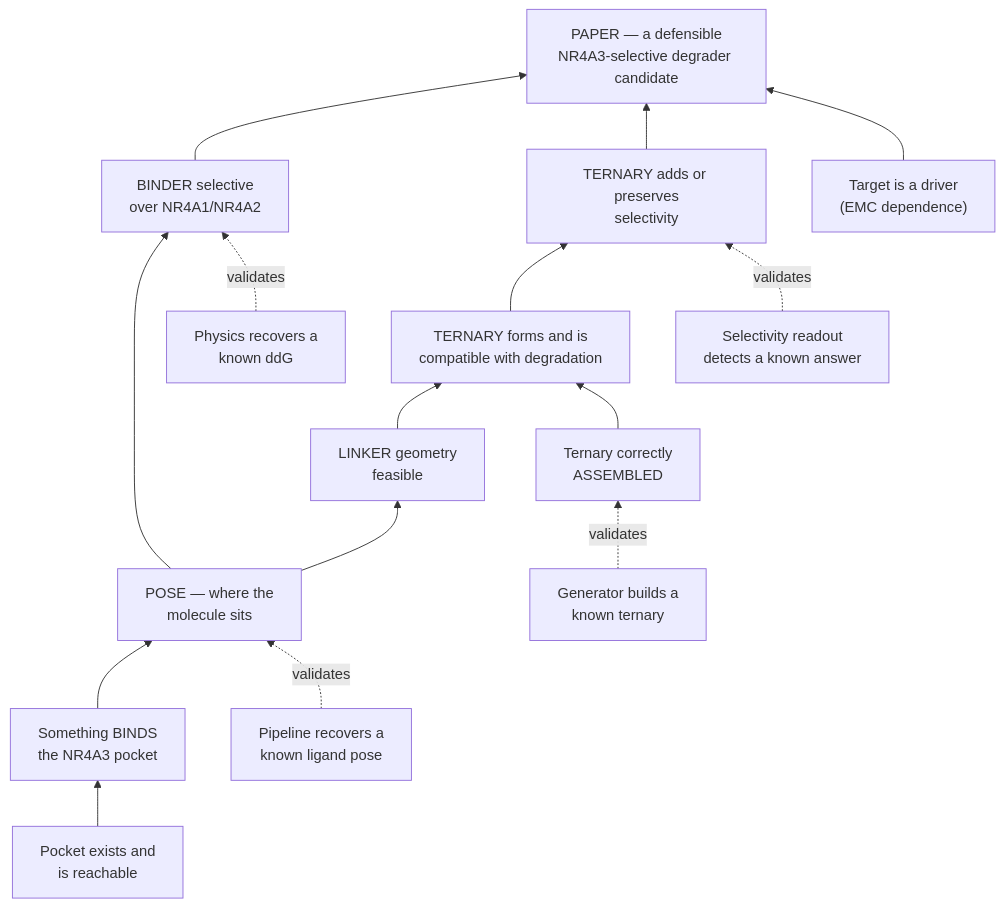
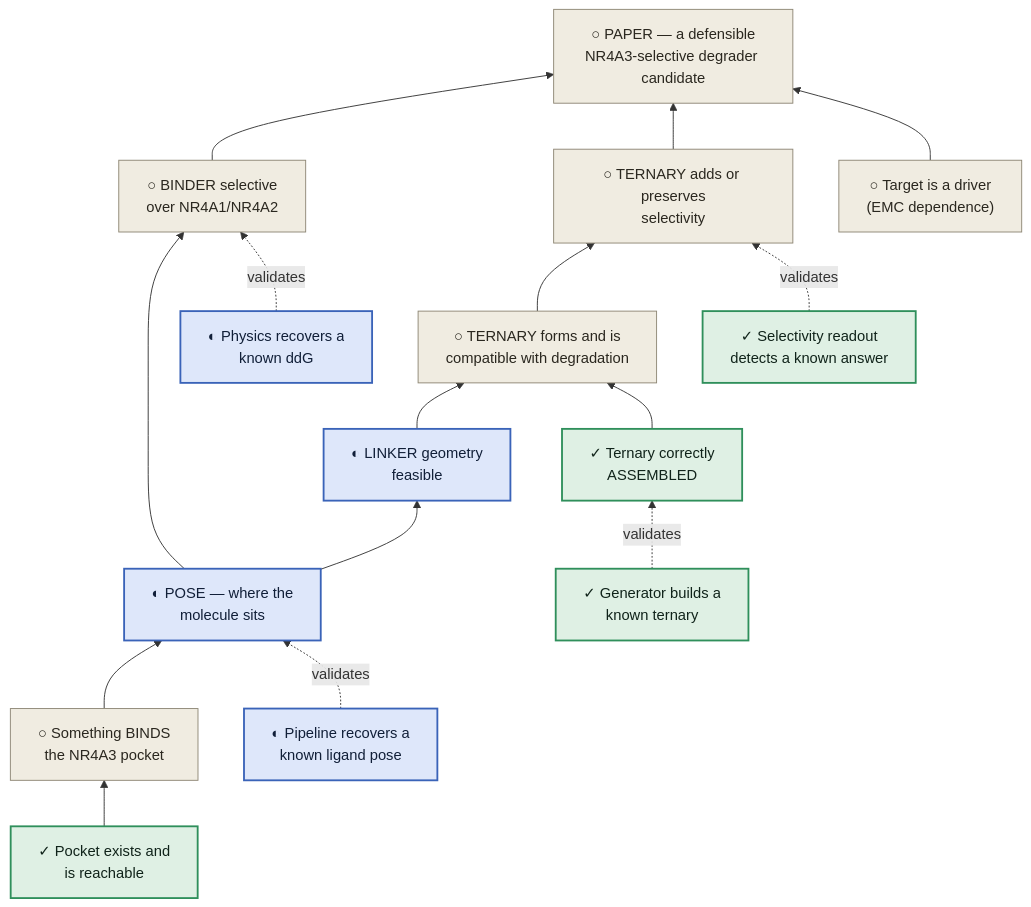
The first of 3 diagrams in research/manuscripts/nr4a3-program-map.md (trimcrae/Rare-cancers), drawn with Mermaid before and after one commit. The commit also changed other lines of this file, not shown here.

First line of the commit message:
program map: four work-state colouring, dead-ends table, approach/claim split

````diff
--- a/research/manuscripts/nr4a3-program-map.md
+++ b/research/manuscripts/nr4a3-program-map.md
@@ -24,32 +52,40 @@
 ```mermaid
 graph BT
-  P["PAPER — a defensible<br/>NR4A3-selective degrader candidate"]
-  B["BINDER selective<br/>over NR4A1/NR4A2"]
-  T["TERNARY forms and is<br/>compatible with degradation"]
-  TS["TERNARY adds or preserves<br/>selectivity"]
-  TG["Target is a driver<br/>(EMC dependence)"]
-  L["Something BINDS<br/>the NR4A3 pocket"]
-  PO["Pocket exists and<br/>is reachable"]
-  PS["POSE — where the<br/>molecule sits"]
-  LK["LINKER geometry<br/>feasible"]
-  ARCH["Ternary correctly<br/>ASSEMBLED"]
-  V1["Selectivity readout<br/>detects a known answer"]
-  V2["Generator builds a<br/>known ternary"]
-  V3["Pipeline recovers a<br/>known ligand pose"]
-  V4["Physics recovers a<br/>known ddG"]
+  P["○ PAPER — a defensible<br/>NR4A3-selective degrader candidate"]
+  B["○ BINDER selective<br/>over NR4A1/NR4A2"]
+  T["○ TERNARY forms and is<br/>compatible with degradation"]
+  TS["○ TERNARY adds or preserves<br/>selectivity"]
+  TG["○ Target is a driver<br/>(EMC dependence)"]
+  L["○ Something BINDS<br/>the NR4A3 pocket"]
+  PO["✓ Pocket exists and<br/>is reachable"]
+  PS["◐ POSE — where the<br/>molecule sits"]
+  LK["◐ LINKER geometry<br/>feasible"]
+  ARCH["✓ Ternary correctly<br/>ASSEMBLED"]
+  V1["✓ Selectivity readout<br/>detects a known answer"]
+  V2["✓ Generator builds a<br/>known ternary"]
+  V3["◐ Pipeline recovers a<br/>known ligand pose"]
+  V4["◐ Physics recovers a<br/>known ddG"]
 
   PO --> L
   L --> PS
   PS --> B
   PS --> LK
   LK --> T
   ARCH --> T
   T --> TS
   B --> P
   TS --> P
   TG --> P
   V3 -.validates.-> PS
   V4 -.validates.-> B
   V2 -.validates.-> ARCH
   V1 -.validates.-> TS
+
+  classDef done fill:#dff0e4,stroke:#2f8f5b,stroke-width:2px,color:#10231a;
+  classDef work fill:#dee7fa,stroke:#3a63b8,stroke-width:2px,color:#111f38;
+  classDef next fill:#f0ece1,stroke:#8d8674,stroke-width:1px,color:#2a271f;
+
+  class PO,ARCH,V1,V2 done;
+  class PS,LK,V3,V4 work;
+  class P,B,T,TS,TG,L next;
 ```
````
